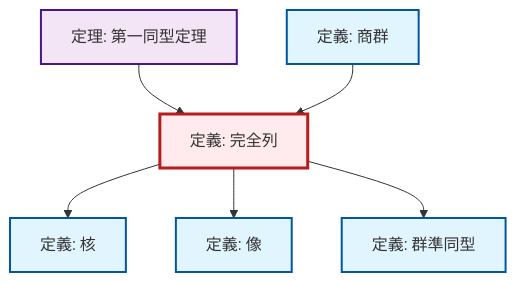
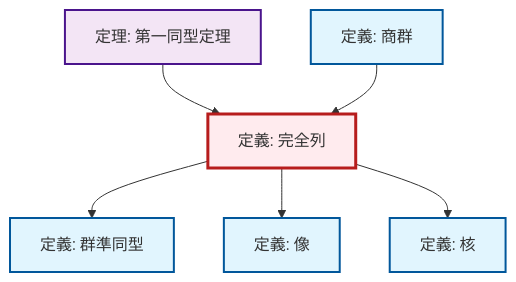
One commit to RK0429/ModernMath changed the diagram in content/ja/algebra/def-exact-sequence.qmd. Above: the diagram before and after it, drawn with Mermaid. The commit also changed other lines of this file and 328 other files, not shown here.

````diff
--- a/content/ja/algebra/def-exact-sequence.qmd
+++ b/content/ja/algebra/def-exact-sequence.qmd
@@ -106,26 +106,26 @@
 ```{mermaid}
 %%| fig-cap: "ローカル依存関係グラフ"
 graph TD
     classDef definition fill:#e1f5fe,stroke:#01579b,stroke-width:2px
     classDef theorem fill:#f3e5f5,stroke:#4a148c,stroke-width:2px
     classDef axiom fill:#fff3e0,stroke:#e65100,stroke-width:2px
     classDef example fill:#e8f5e9,stroke:#1b5e20,stroke-width:2px
     classDef current fill:#ffebee,stroke:#b71c1c,stroke-width:3px
+    def-kernel["定義: 核"]:::definition
+    thm-first-isomorphism["定理: 第一同型定理"]:::theorem
+    def-image["定義: 像"]:::definition
+    def-homomorphism["定義: 群準同型"]:::definition
     def-exact-sequence["定義: 完全列"]:::definition
     def-quotient-group["定義: 商群"]:::definition
-    thm-first-isomorphism["定理: 第一同型定理"]:::theorem
-    def-homomorphism["定義: 群準同型"]:::definition
-    def-kernel["定義: 核"]:::definition
-    def-image["定義: 像"]:::definition
-    def-exact-sequence --> def-kernel
-    def-exact-sequence --> def-image
     thm-first-isomorphism --> def-exact-sequence
     def-exact-sequence --> def-homomorphism
     def-quotient-group --> def-exact-sequence
+    def-exact-sequence --> def-image
+    def-exact-sequence --> def-kernel
     class def-exact-sequence current
+    click def-kernel "def-kernel.html" "核の定義へ"
+    click thm-first-isomorphism "thm-first-isomorphism.html" "第一同型定理の定理へ"
+    click def-image "def-image.html" "像の定義へ"
+    click def-homomorphism "def-homomorphism.html" "群準同型の定義へ"
     click def-quotient-group "def-quotient-group.html" "商群の定義へ"
-    click thm-first-isomorphism "thm-first-isomorphism.html" "第一同型定理の定理へ"
-    click def-homomorphism "def-homomorphism.html" "群準同型の定義へ"
-    click def-kernel "def-kernel.html" "核の定義へ"
-    click def-image "def-image.html" "像の定義へ"
 ```
````
